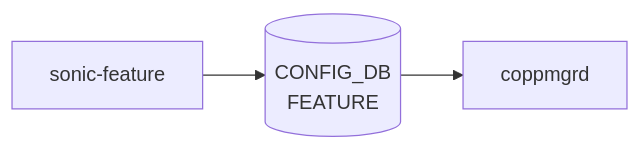
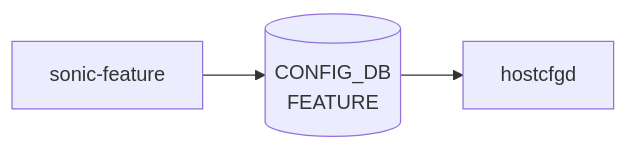
The diagram in docs/reference/yang/sonic-feature.md (aoki-taquan/sonic-unofficial-docs), drawn with Mermaid before and after one commit. The commit also changed 19 other files, not shown here.

````diff
--- a/docs/reference/yang/sonic-feature.md
+++ b/docs/reference/yang/sonic-feature.md
@@ -36,8 +36,8 @@
 ```mermaid
 flowchart LR
   Y["sonic-feature"]
   C1[("CONFIG_DB<br/>FEATURE")]
   Y --> C1
-  D1["coppmgrd"]
+  D1["hostcfgd"]
   C1 --> D1
 ```
````
